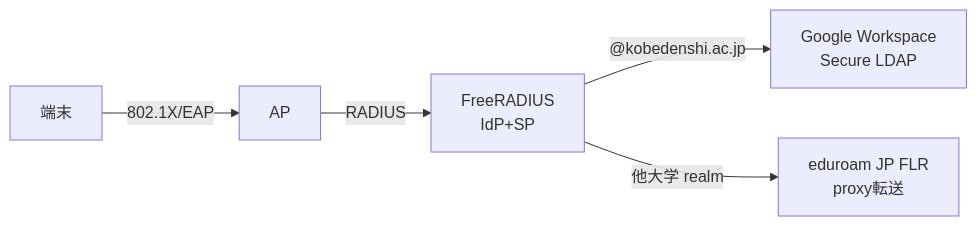
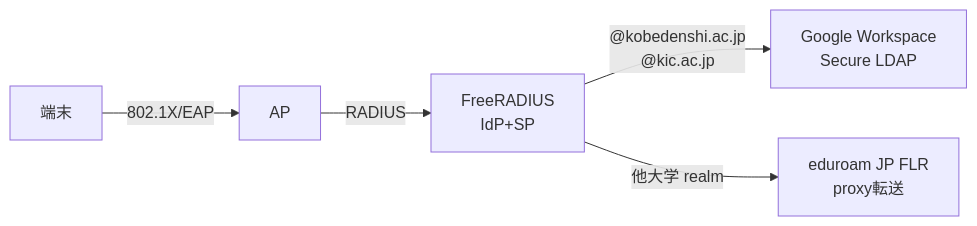
The diagram in README.md (yuu61/eduroam-docker), drawn with Mermaid before and after one commit. The commit also changed other lines of this file and 13 other files, not shown here.

````diff
--- a/README.md
+++ b/README.md
@@ -8,7 +8,7 @@
 ```mermaid
 graph LR
     Device[端末] -->|802.1X/EAP| AP[AP]
     AP -->|RADIUS| FR[FreeRADIUS<br>IdP+SP]
-    FR -->|"@kobedenshi.ac.jp"| GW[Google Workspace<br>Secure LDAP]
+    FR -->|"@kobedenshi.ac.jp<br>@kic.ac.jp"| GW[Google Workspace<br>Secure LDAP]
     FR -->|他大学 realm| FLR[eduroam JP FLR<br>proxy転送]
 ```
````
